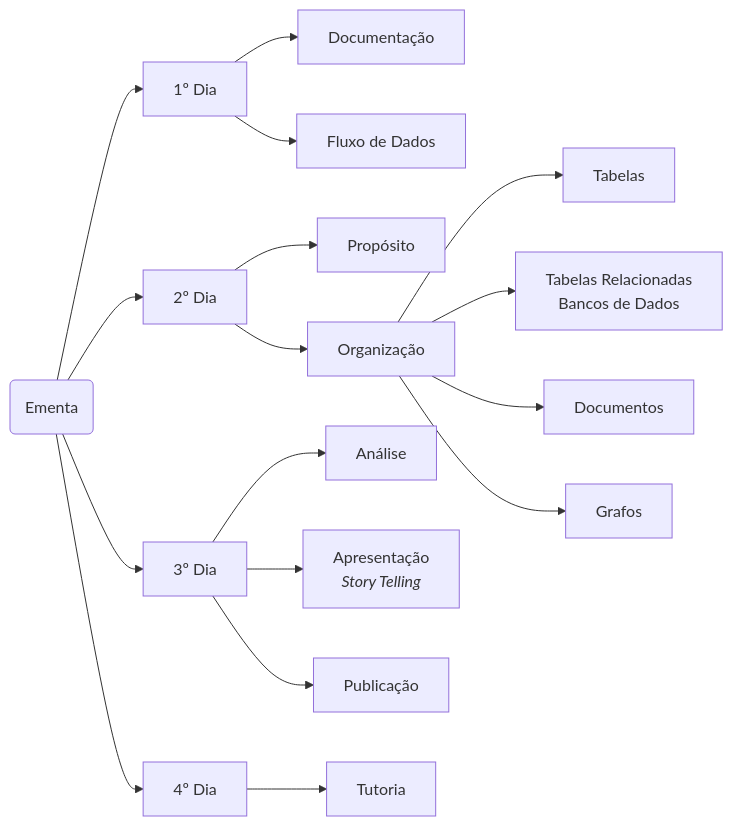
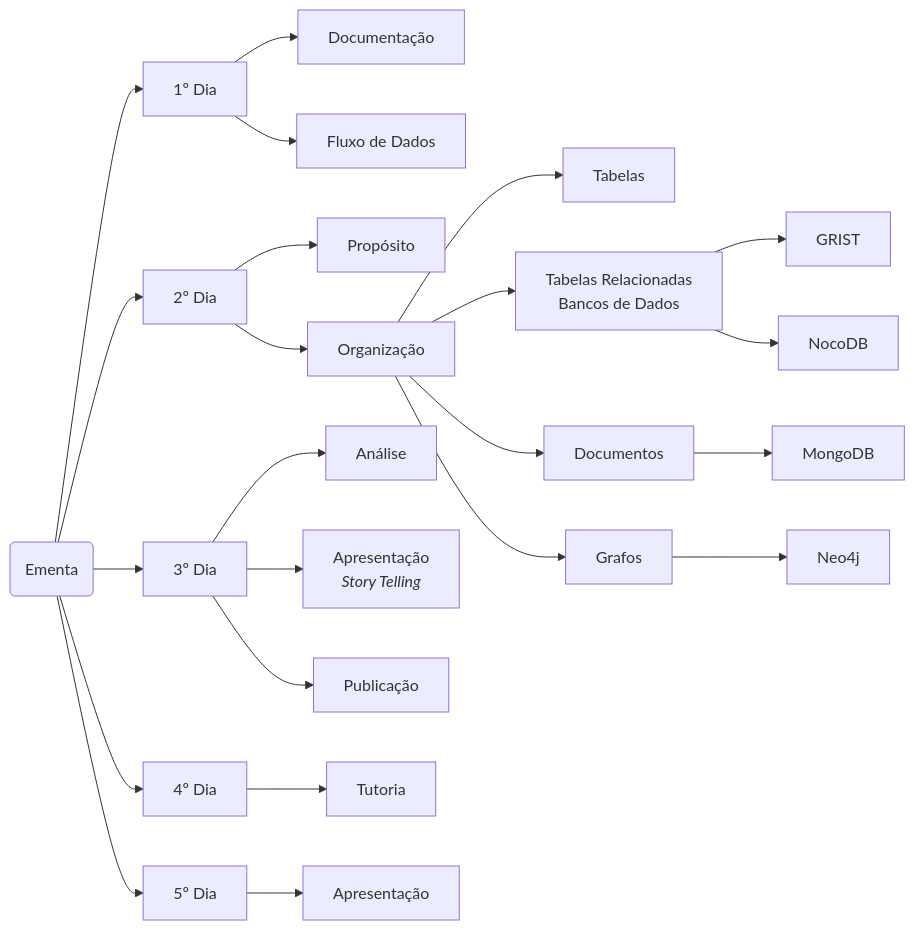
Before and after one commit to edalcin/eb11302: the diagram in 202x/ementa.md, drawn with Mermaid.

````diff
--- a/202x/ementa.md
+++ b/202x/ementa.md
@@ -3,19 +3,26 @@
 ```mermaid
 graph LR
     00(Ementa) --> 01[1º Dia]
         01 --> 01.1[Documentação]
         01 --> 01.2[Fluxo de Dados]
     00(Ementa) --> 02[2º Dia] 
         02 --> 02.1[Propósito]
         02 --> 02.2[Organização]
             02.2 --> 02.2.1[Tabelas]
             02.2 --> 02.2.2[Tabelas Relacionadas<br>Bancos de Dados]
+                02.2.2 --> 0.2.2.2.1[GRIST]
+                02.2.2 --> 0.2.2.2.2[NocoDB]
             02.2 --> 02.2.3[Documentos]
+                02.2.3 --> 02.2.3.1[MongoDB]
             02.2 --> 02.2.4[Grafos]
+                02.2.4 --> 02.2.4.1[Neo4j]
     00(Ementa) --> 03[3º Dia]
         03 --> 03.1[Análise]
         03 --> 03.2[Apresentação<br><i>Story Telling</i>]
         03 --> 03.3[Publicação]
     00(Ementa) --> 04[4º Dia]
         04 --> 04.1[Tutoria]
+    00(Ementa) --> 05[5º Dia]
+        05 --> 05.1[Apresentação]
+        
 ```
````
